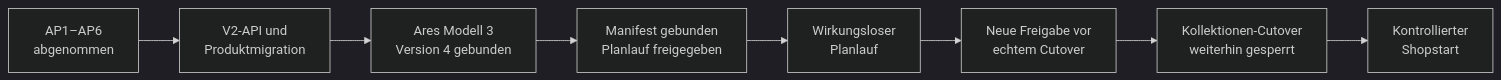
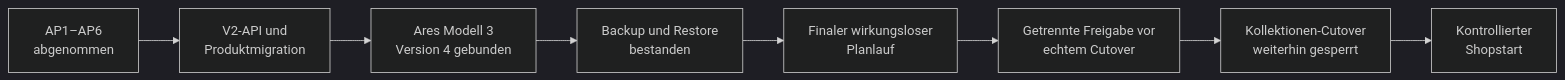
The diagram in docs/carmaja-shop-finaler-produktionsplan.md (Bumpers210/armband-rechner), drawn with Mermaid (dark theme) before and after one commit. The commit also changed other lines of this file and 4 other files, not shown here.

````diff
--- a/docs/carmaja-shop-finaler-produktionsplan.md
+++ b/docs/carmaja-shop-finaler-produktionsplan.md
@@ -102,10 +103,10 @@
 ```mermaid
 flowchart LR
     A["AP1–AP6\nabgenommen"] --> B["V2-API und\nProduktmigration"]
     B --> C["Ares Modell 3\nVersion 4 gebunden"]
-    C --> D["Manifest gebunden\nPlanlauf freigegeben"]
-    D --> E["Wirkungsloser\nPlanlauf"]
-    E --> F["Neue Freigabe vor\nechtem Cutover"]
+    C --> D["Backup und Restore\nbestanden"]
+    D --> E["Finaler wirkungsloser\nPlanlauf"]
+    E --> F["Getrennte Freigabe vor\nechtem Cutover"]
     F --> G["Kollektionen-Cutover\nweiterhin gesperrt"]
     G --> H["Kontrollierter\nShopstart"]
 ```
````
